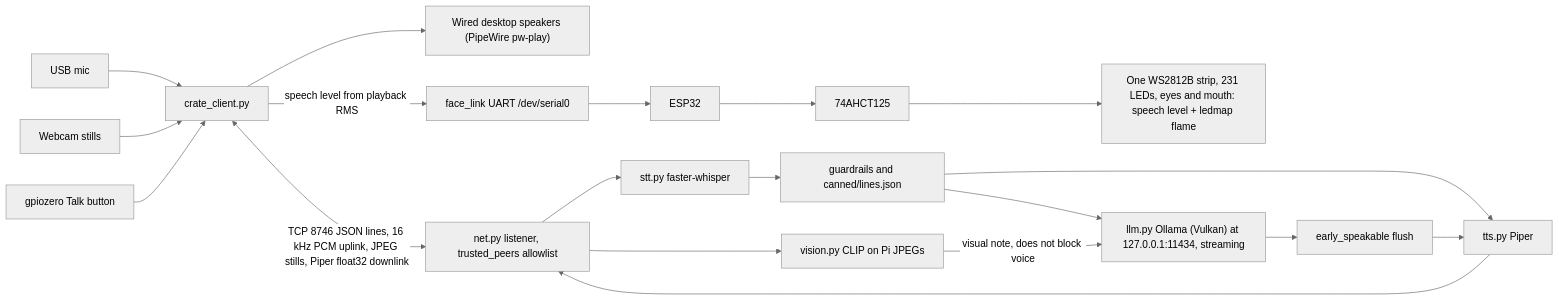
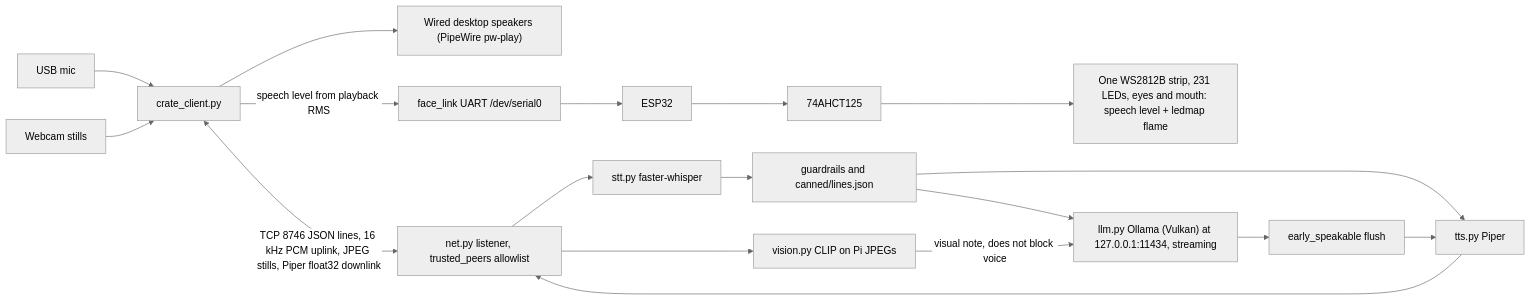
The diagram in README.md (PixnBits/gourdsworth), drawn with Mermaid (neutral theme) before and after one commit. The commit also changed other lines of this file, not shown here.

````diff
--- a/README.md
+++ b/README.md
@@ -28,21 +28,20 @@
 ```mermaid
 flowchart LR
   mic["USB mic"] --> pi["crate_client.py"]
   cam["Webcam stills"] --> pi
-  btn["gpiozero Talk button"] --> pi
   pi --> spk["Wired desktop speakers (PipeWire pw-play)"]
   pi -->|"speech level from playback RMS"| uart["face_link UART /dev/serial0"]
   uart --> esp["ESP32"]
   esp --> lvl["74AHCT125"]
   lvl --> leds["One WS2812B strip, 231 LEDs, eyes and mouth: speech level + ledmap flame"]
   pi <-->|"TCP 8746 JSON lines, 16 kHz PCM uplink, JPEG stills, Piper float32 downlink"| net["net.py listener, trusted_peers allowlist"]
   net --> stt["stt.py faster-whisper"]
   stt --> guard["guardrails and canned/lines.json"]
   guard --> llm["llm.py Ollama (Vulkan) at 127.0.0.1:11434, streaming"]
   guard --> tts["tts.py Piper"]
   llm --> early["early_speakable flush"]
   early --> tts
   tts --> net
   net --> clip["vision.py CLIP on Pi JPEGs"]
   clip -->|"visual note, does not block voice"| llm
 ```
````
